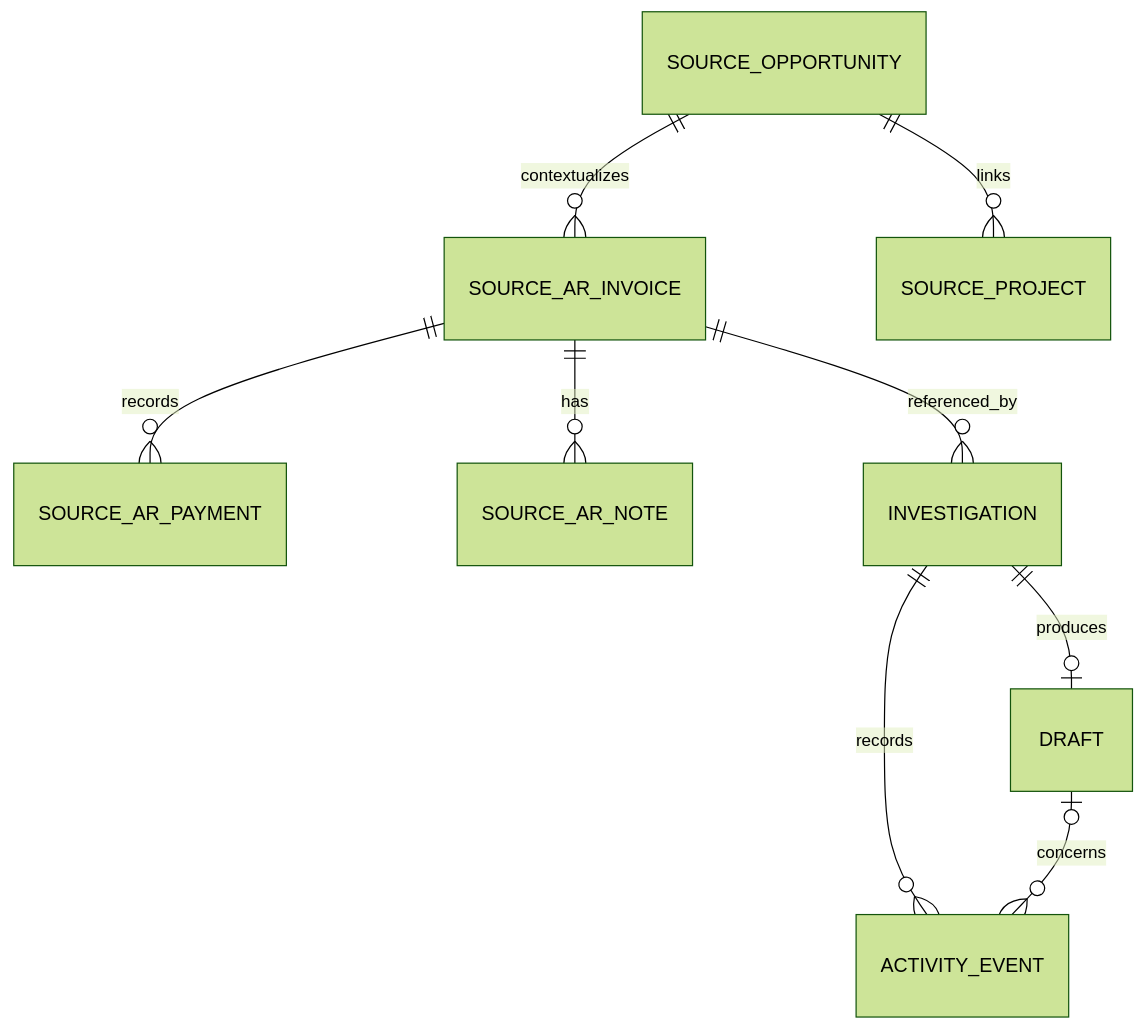
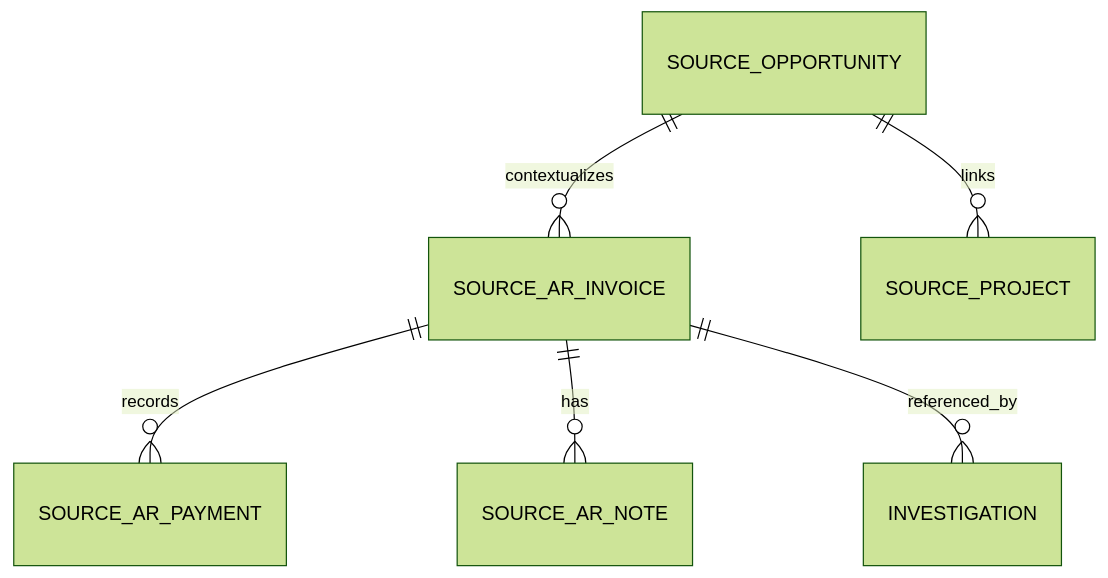
Before and after one commit to Csviney/harborstone-receivables-intelligence: the diagram in architecture/Data.md, drawn with Mermaid (forest theme). The commit also changed other lines of this file and 36 other files, not shown here.

````diff
--- a/architecture/Data.md
+++ b/architecture/Data.md
@@ -139,11 +141,8 @@
 ```mermaid
 erDiagram
     SOURCE_AR_INVOICE ||--o{ SOURCE_AR_PAYMENT : records
     SOURCE_AR_INVOICE ||--o{ SOURCE_AR_NOTE : has
     SOURCE_OPPORTUNITY ||--o{ SOURCE_AR_INVOICE : contextualizes
     SOURCE_OPPORTUNITY ||--o{ SOURCE_PROJECT : links
     SOURCE_AR_INVOICE ||--o{ INVESTIGATION : referenced_by
-    INVESTIGATION ||--o| DRAFT : produces
-    INVESTIGATION ||--o{ ACTIVITY_EVENT : records
-    DRAFT o|--o{ ACTIVITY_EVENT : concerns
 ```
````
